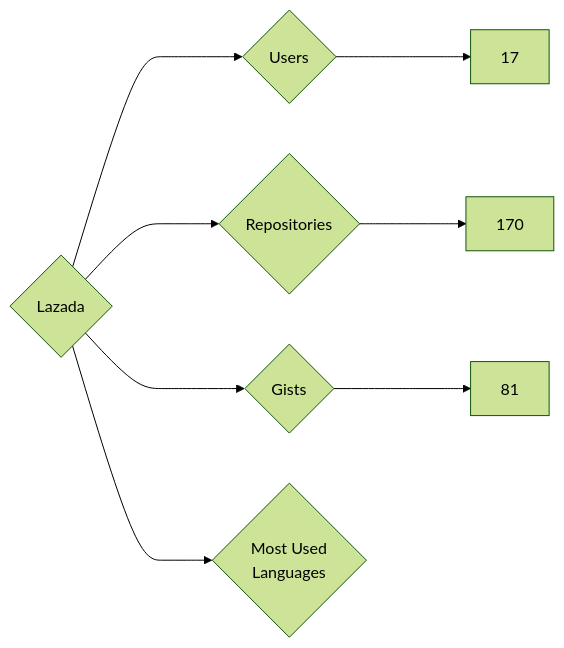
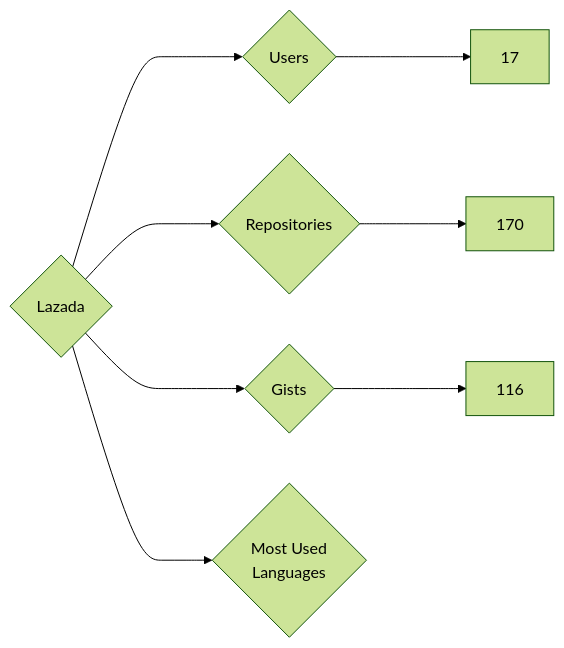
The diagram in targets/Lazada/README.md (nenadzaric/insiders), drawn with Mermaid (forest theme) before and after one commit. The commit also changed 1342 other files, not shown here.

````diff
--- a/targets/Lazada/README.md
+++ b/targets/Lazada/README.md
@@ -3,8 +3,8 @@
 ```mermaid
 graph LR
 COMPANY_NAME{Lazada}
 COMPANY_NAME ---> U{Users} ---> UN[17]
 COMPANY_NAME ---> R{Repositories} ---> RN[170]
-COMPANY_NAME ---> G{Gists} ---> GN[81]
+COMPANY_NAME ---> G{Gists} ---> GN[116]
 COMPANY_NAME ---> ML{Most Used<br>Languages}
 ```
````
